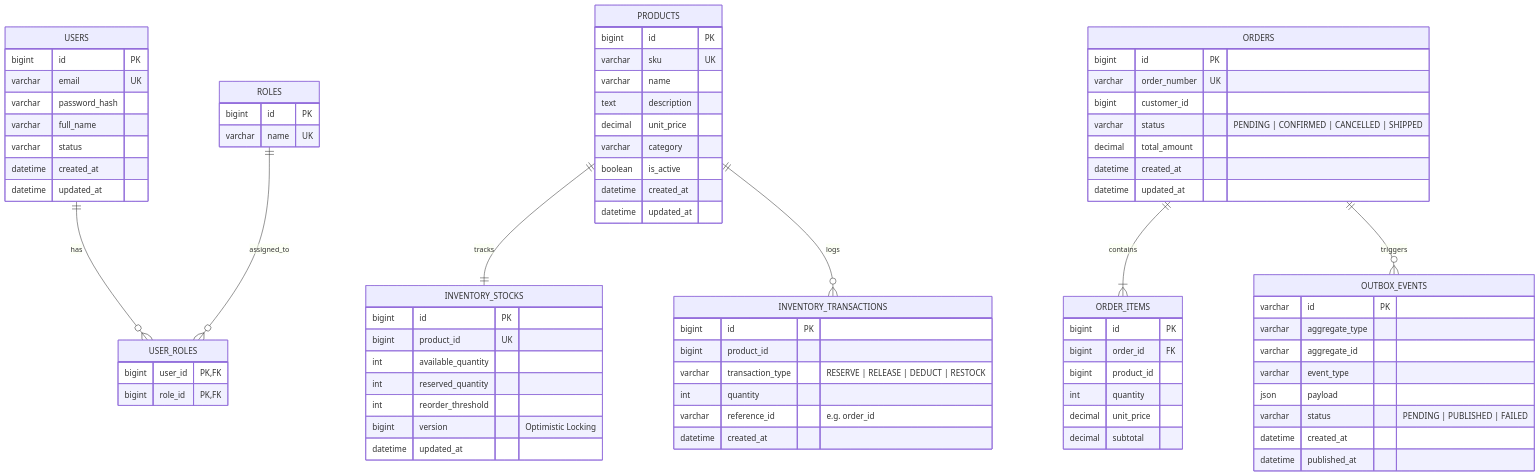
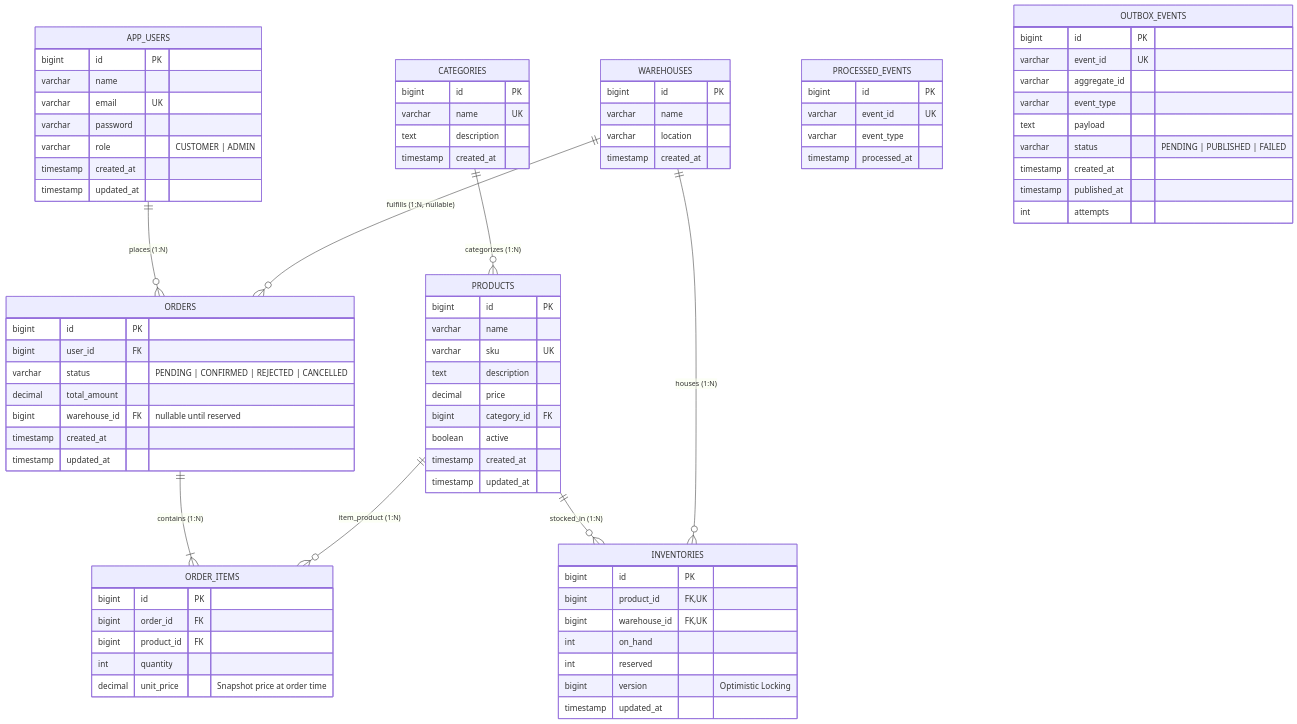
One commit to kishansoni5/SmartStock changed the first of 2 diagrams in docs/database-design.md. Above: the diagram before and after it, drawn with Mermaid. The commit also changed other lines of this file and 3 other files, not shown here.

````diff
--- a/docs/database-design.md
+++ b/docs/database-design.md
@@ -16,92 +18,93 @@
 ```mermaid
 erDiagram
-    USERS ||--o{ USER_ROLES : has
-    ROLES ||--o{ USER_ROLES : assigned_to
+    APP_USERS ||--o{ ORDERS : "places (1:N)"
+    CATEGORIES ||--o{ PRODUCTS : "categorizes (1:N)"
+    PRODUCTS ||--o{ INVENTORIES : "stocked_in (1:N)"
+    WAREHOUSES ||--o{ INVENTORIES : "houses (1:N)"
+    ORDERS ||--|{ ORDER_ITEMS : "contains (1:N)"
+    PRODUCTS ||--o{ ORDER_ITEMS : "item_product (1:N)"
+    WAREHOUSES ||--o{ ORDERS : "fulfills (1:N, nullable)"
 
-    PRODUCTS ||--|| INVENTORY_STOCKS : tracks
-    PRODUCTS ||--o{ INVENTORY_TRANSACTIONS : logs
-
-    ORDERS ||--|{ ORDER_ITEMS : contains
-    ORDERS ||--o{ OUTBOX_EVENTS : triggers
-
-    USERS {
+    APP_USERS {
         bigint id PK
+        varchar name
         varchar email UK
-        varchar password_hash
-        varchar full_name
-        varchar status
-        datetime created_at
-        datetime updated_at
+        varchar password
+        varchar role "CUSTOMER | ADMIN"
+        timestamp created_at
+        timestamp updated_at
     }
 
-    ROLES {
+    CATEGORIES {
         bigint id PK
         varchar name UK
-    }
-
-    USER_ROLES {
-        bigint user_id PK,FK
-        bigint role_id PK,FK
+        text description
+        timestamp created_at
     }
 
     PRODUCTS {
         bigint id PK
+        varchar name
         varchar sku UK
-        varchar name
         text description
-        decimal unit_price
-        varchar category
-        boolean is_active
-        datetime created_at
-        datetime updated_at
+        decimal price
+        bigint category_id FK
+        boolean active
+        timestamp created_at
+        timestamp updated_at
     }
 
-    INVENTORY_STOCKS {
+    WAREHOUSES {
         bigint id PK
-        bigint product_id UK
-        int available_quantity
-        int reserved_quantity
-        int reorder_threshold
-        bigint version "Optimistic Locking"
-        datetime updated_at
+        varchar name
+        varchar location
+        timestamp created_at
     }
 
-    INVENTORY_TRANSACTIONS {
+    INVENTORIES {
         bigint id PK
-        bigint product_id
-        varchar transaction_type "RESERVE | RELEASE | DEDUCT | RESTOCK"
-        int quantity
-        varchar reference_id "e.g. order_id"
-        datetime created_at
+        bigint product_id FK,UK
+        bigint warehouse_id FK,UK
+        int on_hand
+        int reserved
+        bigint version "Optimistic Locking"
+        timestamp updated_at
     }
 
     ORDERS {
         bigint id PK
-        varchar order_number UK
-        bigint customer_id
-        varchar status "PENDING | CONFIRMED | CANCELLED | SHIPPED"
+        bigint user_id FK
+        varchar status "PENDING | CONFIRMED | REJECTED | CANCELLED"
         decimal total_amount
-        datetime created_at
-        datetime updated_at
+        bigint warehouse_id FK "nullable until reserved"
+        timestamp created_at
+        timestamp updated_at
     }
 
     ORDER_ITEMS {
         bigint id PK
         bigint order_id FK
-        bigint product_id
+        bigint product_id FK
         int quantity
-        decimal unit_price
-        decimal subtotal
+        decimal unit_price "Snapshot price at order time"
+    }
+
+    PROCESSED_EVENTS {
+        bigint id PK
+        varchar event_id UK
+        varchar event_type
+        timestamp processed_at
     }
 
     OUTBOX_EVENTS {
-        varchar id PK
-        varchar aggregate_type
+        bigint id PK
+        varchar event_id UK
         varchar aggregate_id
         varchar event_type
-        json payload
+        text payload
         varchar status "PENDING | PUBLISHED | FAILED"
-        datetime created_at
-        datetime published_at
+        timestamp created_at
+        timestamp published_at
+        int attempts
     }
 ```
````
